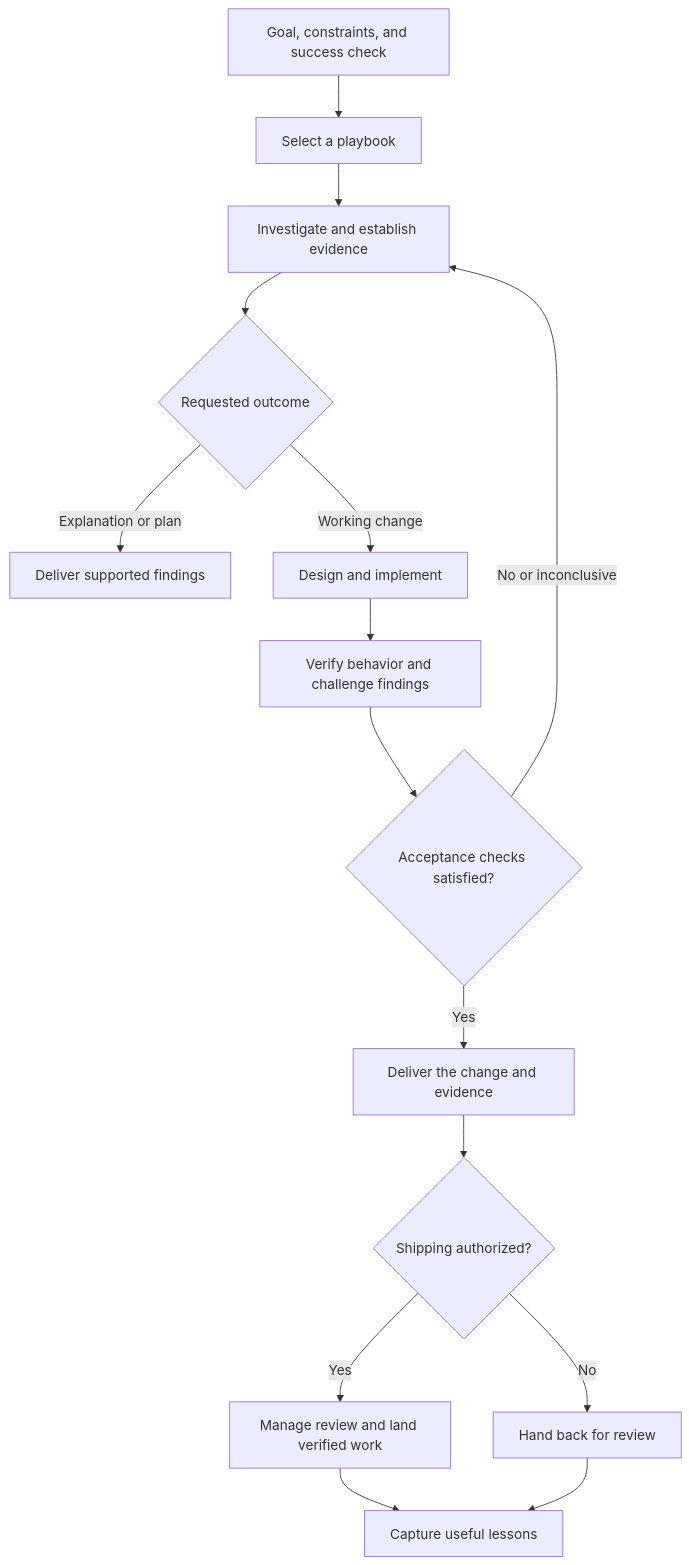
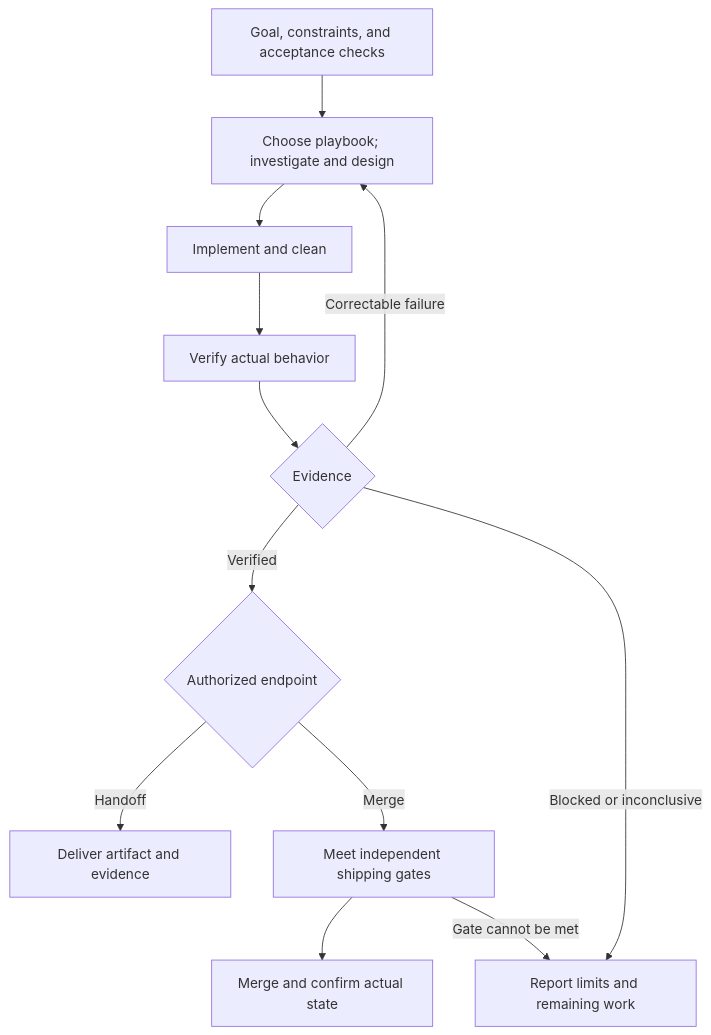
One commit to just-joshn/compose-ui-testing-roboelectric-best-practices changed the diagram in README.md. Above: the diagram before and after it, drawn with Mermaid. The commit also changed other lines of this file, not shown here.

Commit message:
docs(readme): describe the opinionated workflow and the new flow chart

````diff
--- a/README.md
+++ b/README.md
@@ -9,17 +15,14 @@
 ```mermaid
 flowchart TD
-    A[Goal, constraints, and success check] --> B[Select a playbook]
-    B --> C[Investigate and establish evidence]
-    C --> D{Requested outcome}
-    D -- Explanation or plan --> E[Deliver supported findings]
-    D -- Working change --> F[Design and implement]
-    F --> G[Verify behavior and challenge findings]
-    G --> H{Acceptance checks satisfied?}
-    H -- No or inconclusive --> C
-    H -- Yes --> I[Deliver the change and evidence]
-    I --> J{Shipping authorized?}
-    J -- Yes --> K[Manage review and land verified work]
-    J -- No --> L[Hand back for review]
-    K --> M[Capture useful lessons]
-    L --> M
+    A["Goal, constraints, and acceptance checks"] --> B["Choose playbook; investigate and design"]
+    B --> C["Implement and clean"]
+    C --> D["Verify actual behavior"]
+    D --> E{"Evidence"}
+    E -- "Correctable failure" --> B
+    E -- "Verified" --> F{"Authorized endpoint"}
+    E -- "Blocked or inconclusive" --> K["Report limits and remaining work"]
+    F -- "Handoff" --> G["Deliver artifact and evidence"]
+    F -- "Merge" --> H["Meet independent shipping gates"]
+    H --> I["Merge and confirm actual state"]
+    H -- "Gate cannot be met" --> K
 ```
````
